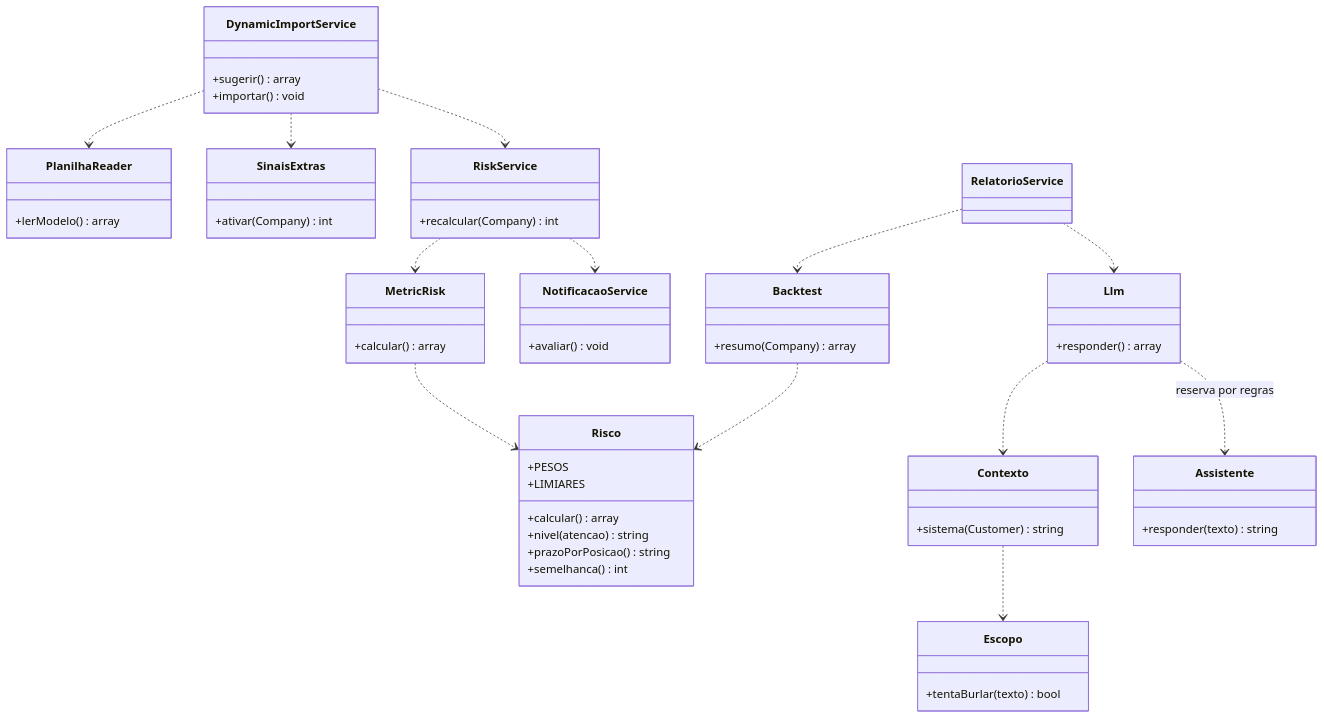
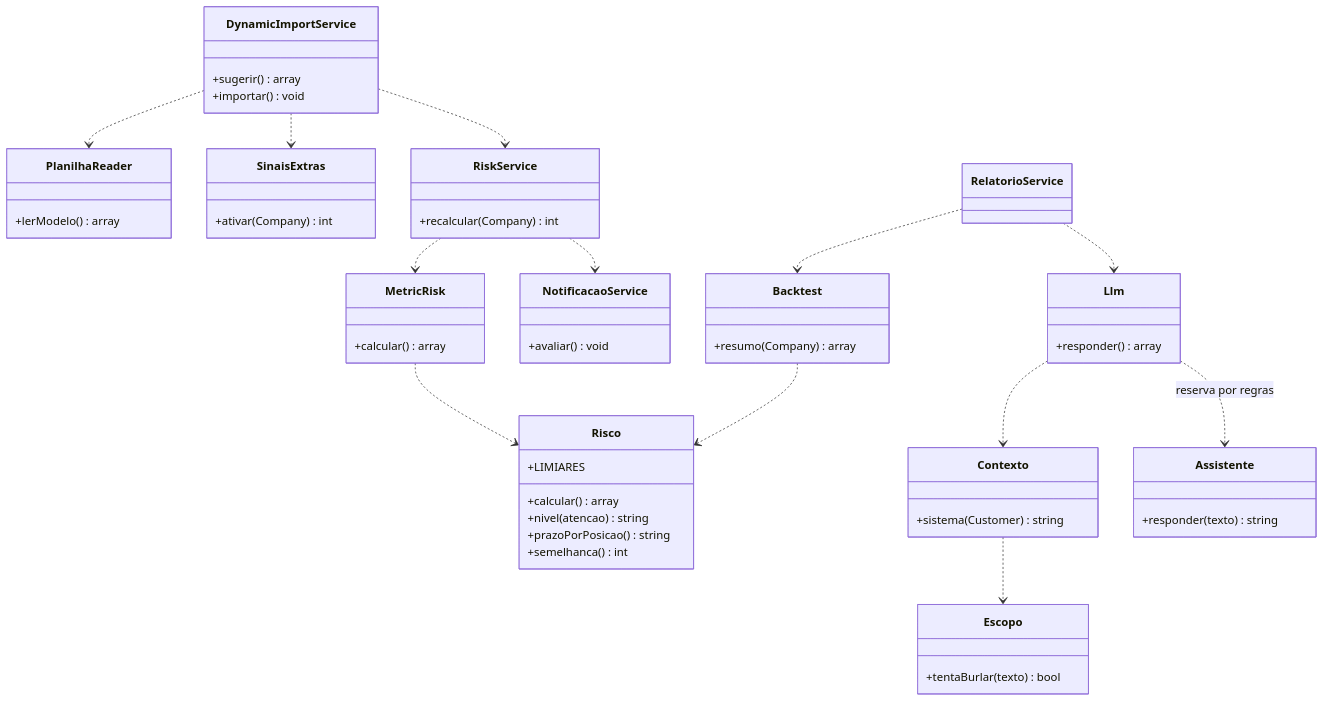
Before and after one commit to MatheusIngles/InovaApps2026: the third of 9 diagrams in docs/ENGENHARIA-DE-SOFTWARE.md, drawn with Mermaid. The commit also changed other lines of this file and 3 other files, not shown here.

````diff
--- a/docs/ENGENHARIA-DE-SOFTWARE.md
+++ b/docs/ENGENHARIA-DE-SOFTWARE.md
@@ -185,59 +170,58 @@
 ```mermaid
 classDiagram
     class Risco {
-        +PESOS
         +LIMIARES
         +calcular() array
         +nivel(atencao) string
         +prazoPorPosicao() string
         +semelhanca() int
     }
     class MetricRisk {
         +calcular() array
     }
     class RiskService {
         +recalcular(Company) int
     }
     class DynamicImportService {
         +sugerir() array
         +importar() void
     }
     class PlanilhaReader {
         +lerModelo() array
     }
     class SinaisExtras {
         +ativar(Company) int
     }
     class Backtest {
         +resumo(Company) array
     }
     class Llm {
         +responder() array
     }
     class Contexto {
         +sistema(Customer) string
     }
     class Escopo {
         +tentaBurlar(texto) bool
     }
     class Assistente {
         +responder(texto) string
     }
     class NotificacaoService {
         +avaliar() void
     }
     class RelatorioService
 
     RiskService ..> MetricRisk
     MetricRisk ..> Risco
     RiskService ..> NotificacaoService
     DynamicImportService ..> PlanilhaReader
     DynamicImportService ..> SinaisExtras
     DynamicImportService ..> RiskService
     Backtest ..> Risco
     RelatorioService ..> Backtest
     RelatorioService ..> Llm
     Llm ..> Contexto
     Contexto ..> Escopo
     Llm ..> Assistente : reserva por regras
 ```
````
